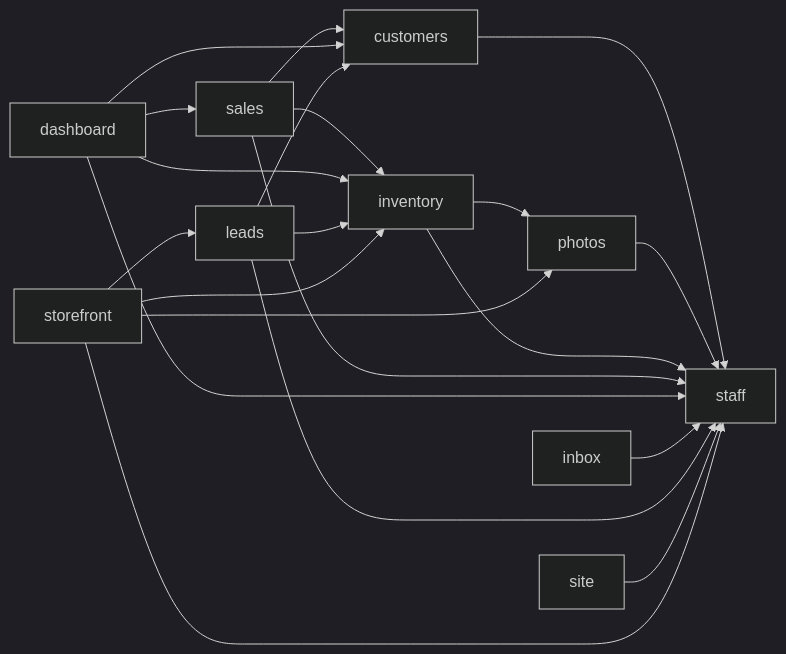
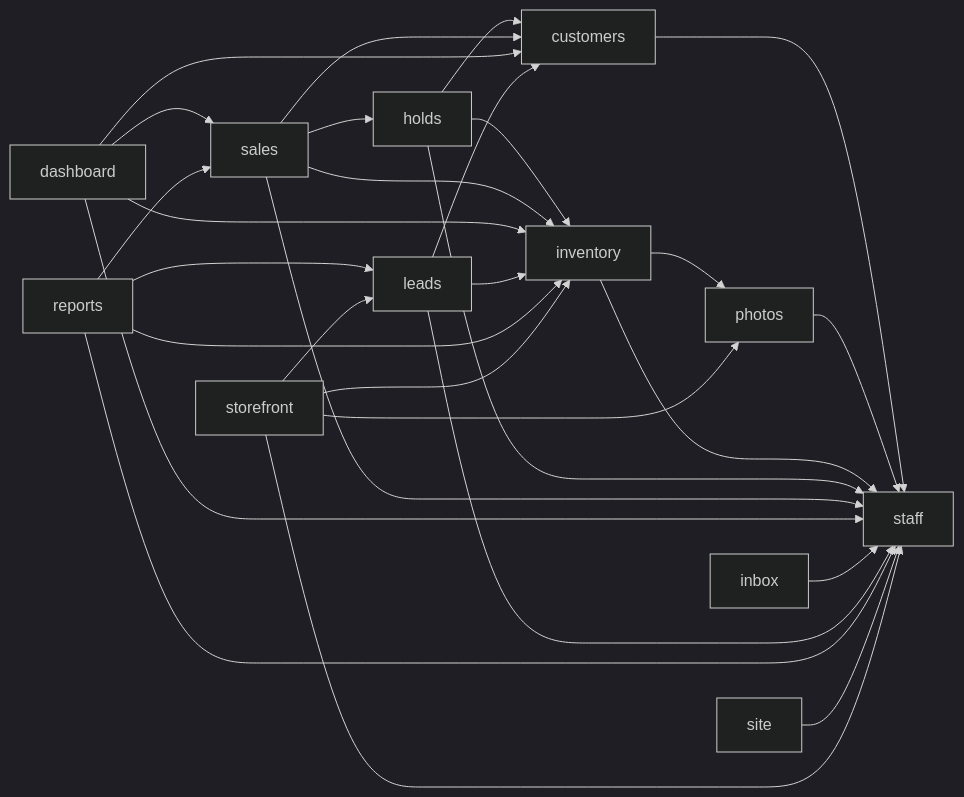
Before and after one commit to Ignibyte/aic-demo: the diagram in docs/wiki/README.md, drawn with Mermaid (dark theme). The commit also changed other lines of this file and 90 other files, not shown here.

````diff
--- a/docs/wiki/README.md
+++ b/docs/wiki/README.md
@@ -77,24 +79,32 @@
 ```mermaid
 graph LR
     staff
     customers --> staff
     photos --> staff
     inventory --> staff
     inventory --> photos
+    holds --> staff
+    holds --> inventory
+    holds --> customers
     sales --> inventory
     sales --> customers
     sales --> staff
+    sales --> holds
     dashboard --> customers
     dashboard --> inventory
     dashboard --> sales
     dashboard --> staff
     inbox --> staff
     leads --> staff
     leads --> inventory
     leads --> customers
+    reports --> staff
+    reports --> inventory
+    reports --> sales
+    reports --> leads
     site --> staff
     storefront --> inventory
     storefront --> photos
     storefront --> staff
     storefront --> leads
 ```
````
